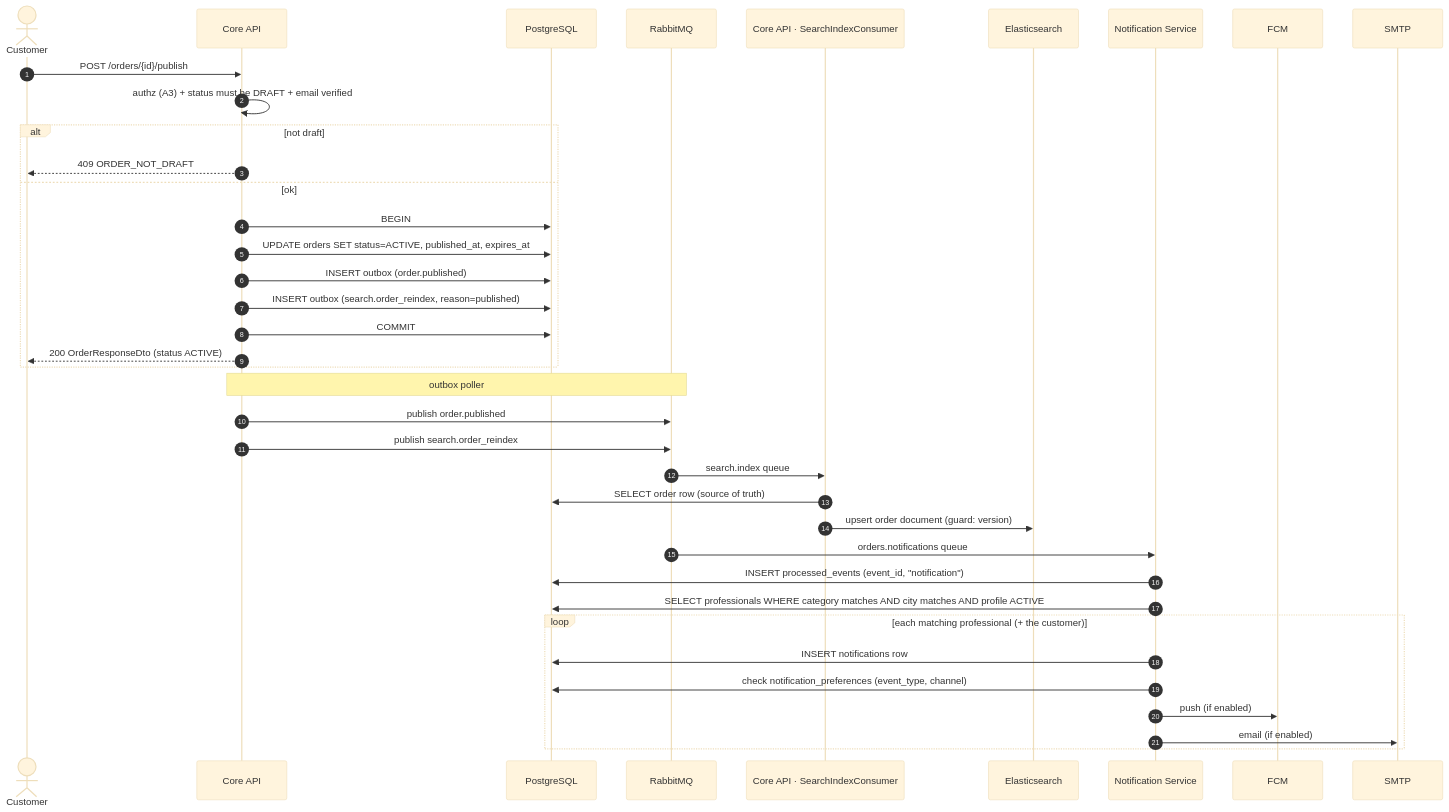
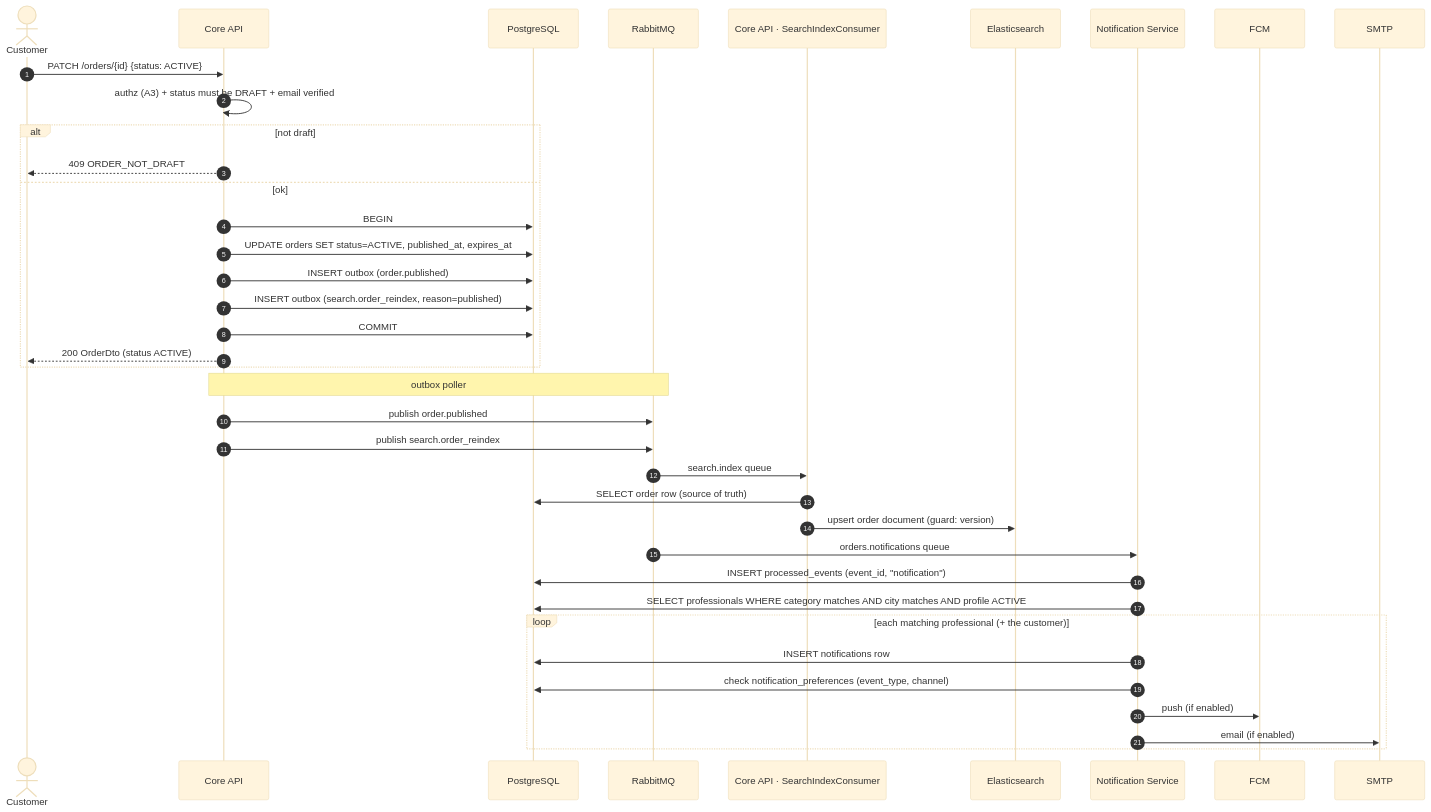
One commit to Iarylkin/proFinder_backend changed the seventh of 14 diagrams in docs/10 - Sequence Diagrams.md. Above: the diagram before and after it, drawn with Mermaid (base theme). The commit also changed other lines of this file and 9 other files, not shown here.

````diff
--- a/docs/10 - Sequence Diagrams.md
+++ b/docs/10 - Sequence Diagrams.md
@@ -280,44 +280,44 @@
 ```mermaid
 sequenceDiagram
     autonumber
     actor C as Customer
     participant Core as Core API
     participant PG as PostgreSQL
     participant MQ as RabbitMQ
     participant Idx as Core API · SearchIndexConsumer
     participant ES as Elasticsearch
     participant Notif as Notification Service
     participant FCM
     participant SMTP
 
-    C->>Core: POST /orders/{id}/publish
+    C->>Core: PATCH /orders/{id} {status: ACTIVE}
     Core->>Core: authz (A3) + status must be DRAFT + email verified
     alt not draft
         Core-->>C: 409 ORDER_NOT_DRAFT
     else ok
         Core->>PG: BEGIN
         Core->>PG: UPDATE orders SET status=ACTIVE, published_at, expires_at
         Core->>PG: INSERT outbox (order.published)
         Core->>PG: INSERT outbox (search.order_reindex, reason=published)
         Core->>PG: COMMIT
-        Core-->>C: 200 OrderResponseDto (status ACTIVE)
+        Core-->>C: 200 OrderDto (status ACTIVE)
     end
 
     Note over Core,MQ: outbox poller
     Core->>MQ: publish order.published
     Core->>MQ: publish search.order_reindex
 
     MQ->>Idx: search.index queue
     Idx->>PG: SELECT order row (source of truth)
     Idx->>ES: upsert order document (guard: version)
 
     MQ->>Notif: orders.notifications queue
     Notif->>PG: INSERT processed_events (event_id, "notification")
     Notif->>PG: SELECT professionals WHERE category matches AND city matches AND profile ACTIVE
     loop each matching professional (+ the customer)
         Notif->>PG: INSERT notifications row
         Notif->>PG: check notification_preferences (event_type, channel)
         Notif->>FCM: push (if enabled)
         Notif->>SMTP: email (if enabled)
     end
 ```
````
